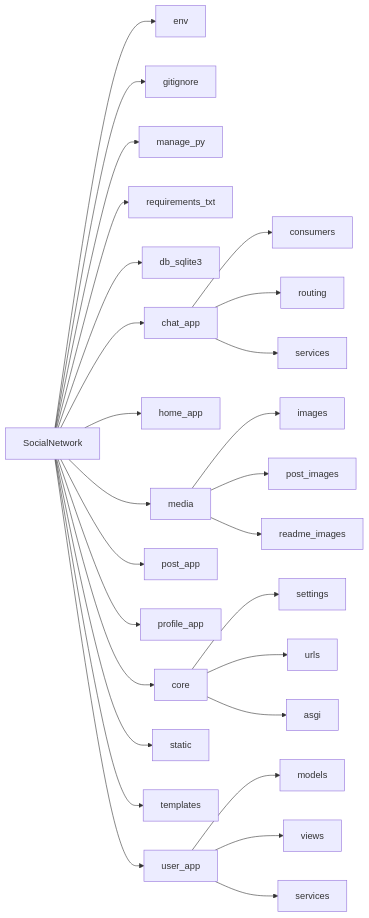
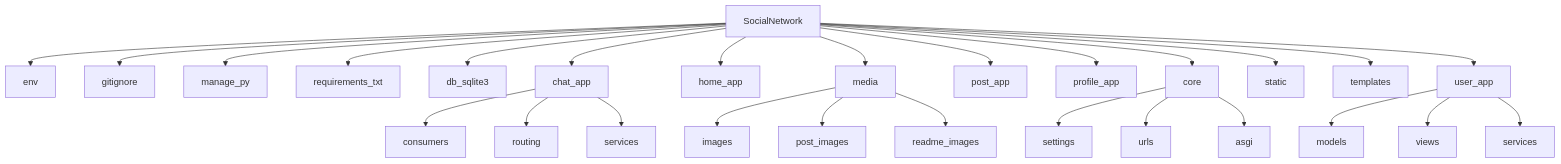
The diagram in README.md (Pranichek/Social-Network), drawn with Mermaid before and after one commit. The commit also changed other lines of this file and 2 other files, not shown here.

Commit message:
Зробив горизонтальну схему проєкта

````diff
--- a/README.md
+++ b/README.md
@@ -119,29 +119,33 @@
 ```mermaid
-    graph LR;
-        SocialNetwork-->env;
-        SocialNetwork-->gitignore;
-        SocialNetwork-->manage_py;
-        SocialNetwork-->requirements_txt;
-        SocialNetwork-->db_sqlite3;
-        SocialNetwork-->chat_app;
-        SocialNetwork-->home_app;
-        SocialNetwork-->media;
-        SocialNetwork-->post_app;
-        SocialNetwork-->profile_app;
-        SocialNetwork-->core;
-        SocialNetwork-->static;
-        SocialNetwork-->templates;
-        SocialNetwork-->user_app;
-        core-->settings;
-        core-->urls;
-        core-->asgi;
-        chat_app-->consumers;
-        chat_app-->routing;
-        chat_app-->services_chat[services];
-        user_app-->models_user[models];
-        user_app-->views_user[views];
-        user_app-->services_user[services];
-        media-->images;
-        media-->post_images;
-        media-->readme_images;
+    graph TD;
+    SocialNetwork-->env;
+    SocialNetwork-->gitignore;
+    SocialNetwork-->manage_py;
+    SocialNetwork-->requirements_txt;
+    SocialNetwork-->db_sqlite3;
+    SocialNetwork-->chat_app;
+    SocialNetwork-->home_app;
+    SocialNetwork-->media;
+    SocialNetwork-->post_app;
+    SocialNetwork-->profile_app;
+    SocialNetwork-->core;
+    SocialNetwork-->static;
+    SocialNetwork-->templates;
+    SocialNetwork-->user_app;
+    
+    core-->settings;
+    core-->urls;
+    core-->asgi;
+    
+    chat_app-->consumers;
+    chat_app-->routing;
+    chat_app-->services_chat[services];
+    
+    user_app-->models_user[models];
+    user_app-->views_user[views];
+    user_app-->services_user[services];
+    
+    media-->images;
+    media-->post_images;
+    media-->readme_images;
 ```
````
